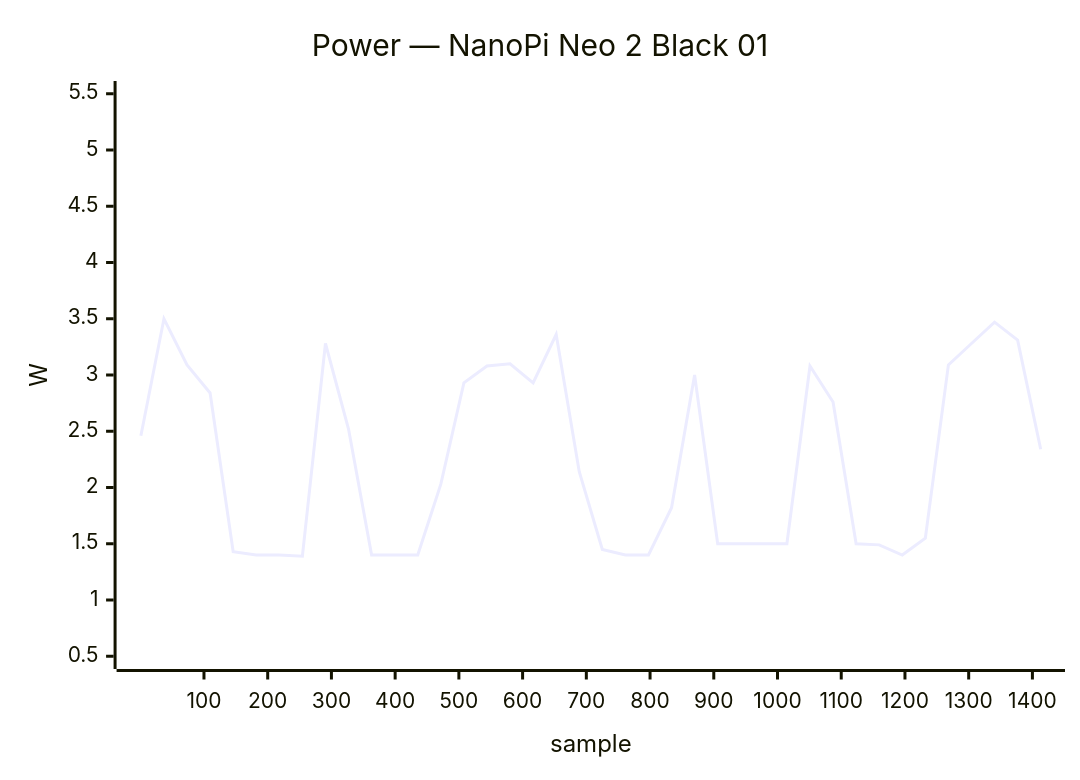
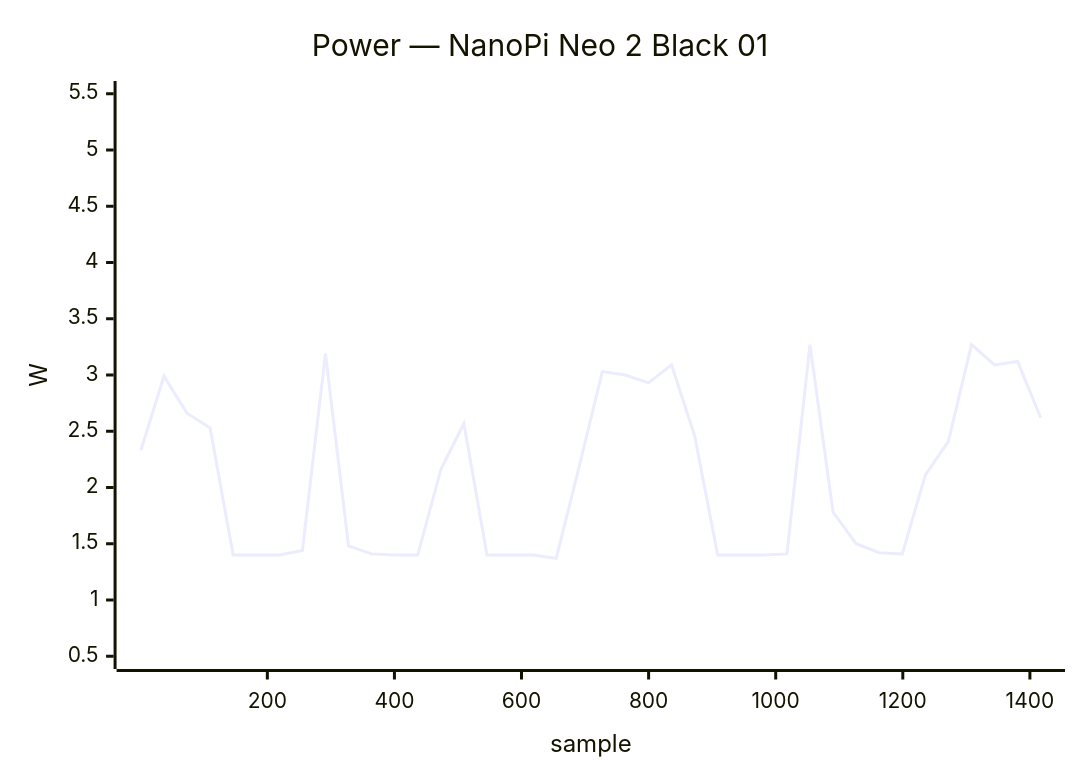
Before and after one commit to armbian/documentation: the second of 34 diagrams in docs/status/board-tests.md, drawn with Mermaid. The commit also changed other lines of this file, not shown here.

````diff
--- a/docs/status/board-tests.md
+++ b/docs/status/board-tests.md
@@ -139,7 +124,7 @@
 ```mermaid
 xychart-beta
     title "Power — NanoPi Neo 2 Black 01"
-    x-axis "sample" 1 --> 1413
+    x-axis "sample" 1 --> 1417
     y-axis "W" 0.5 --> 5.5
-    line [2.46, 3.50, 3.09, 2.84, 1.43, 1.40, 1.40, 1.39, 3.28, 2.52, 1.40, 1.40, 1.40, 2.03, 2.93, 3.08, 3.10, 2.93, 3.36, 2.14, 1.45, 1.40, 1.40, 1.82, 3.00, 1.50, 1.50, 1.50, 1.50, 3.08, 2.76, 1.50, 1.49, 1.40, 1.55, 3.09, 3.28, 3.47, 3.31, 2.34]
+    line [2.33, 2.99, 2.66, 2.53, 1.40, 1.40, 1.40, 1.44, 3.19, 1.48, 1.41, 1.40, 1.40, 2.16, 2.57, 1.40, 1.40, 1.40, 1.37, 2.19, 3.03, 3.00, 2.93, 3.09, 2.46, 1.40, 1.40, 1.40, 1.41, 3.27, 1.78, 1.50, 1.42, 1.41, 2.11, 2.41, 3.27, 3.09, 3.12, 2.62]
 ```
````
